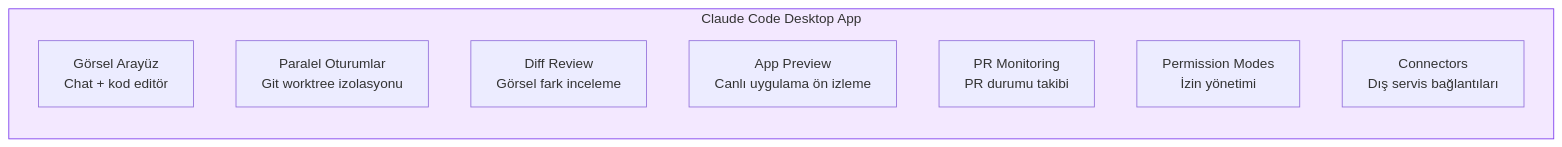
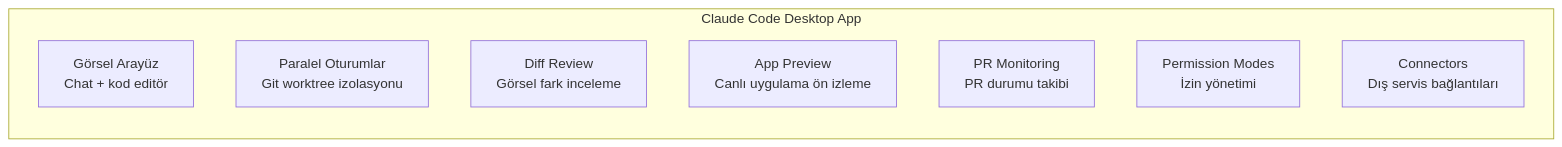
Before and after one commit to IzzetYasinAtes/ClaudeCodeHandbook: the first of 8 diagrams in 15-entegrasyonlar/04-masaustu-uygulamasi.md, drawn with Mermaid. The commit also changed other lines of this file and 97 other files, not shown here.

Commit message:
Remove all custom Mermaid style/fill colors from 98 markdown files for consistent dark theme rendering

````diff
--- a/15-entegrasyonlar/04-masaustu-uygulamasi.md
+++ b/15-entegrasyonlar/04-masaustu-uygulamasi.md
@@ -17,15 +17,14 @@
 ```mermaid
 flowchart TB
     subgraph desktop ["Claude Code Desktop App"]
         direction TB
         UI["Görsel Arayüz<br/>Chat + kod editör"]
         PS["Paralel Oturumlar<br/>Git worktree izolasyonu"]
         DR["Diff Review<br/>Görsel fark inceleme"]
         AP["App Preview<br/>Canlı uygulama ön izleme"]
         PR["PR Monitoring<br/>PR durumu takibi"]
         PM["Permission Modes<br/>İzin yönetimi"]
         CN["Connectors<br/>Dış servis bağlantıları"]
     end
 
-    style desktop fill:#F3E8FF,stroke:#7C3AED
 ```
````
